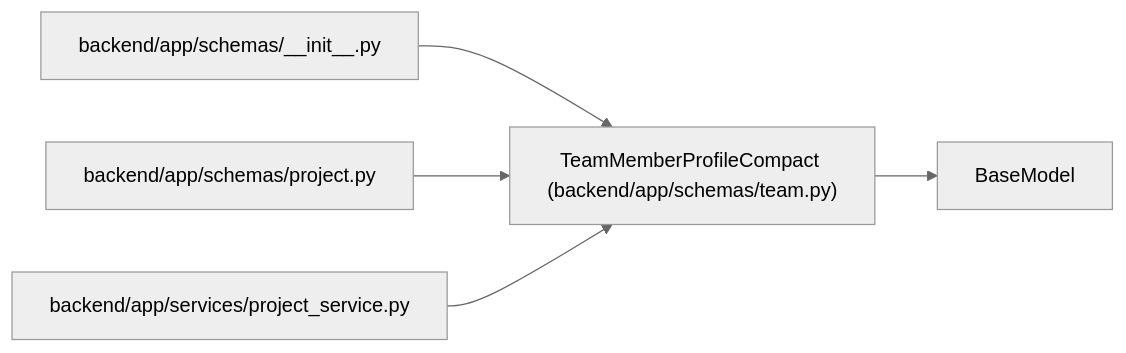
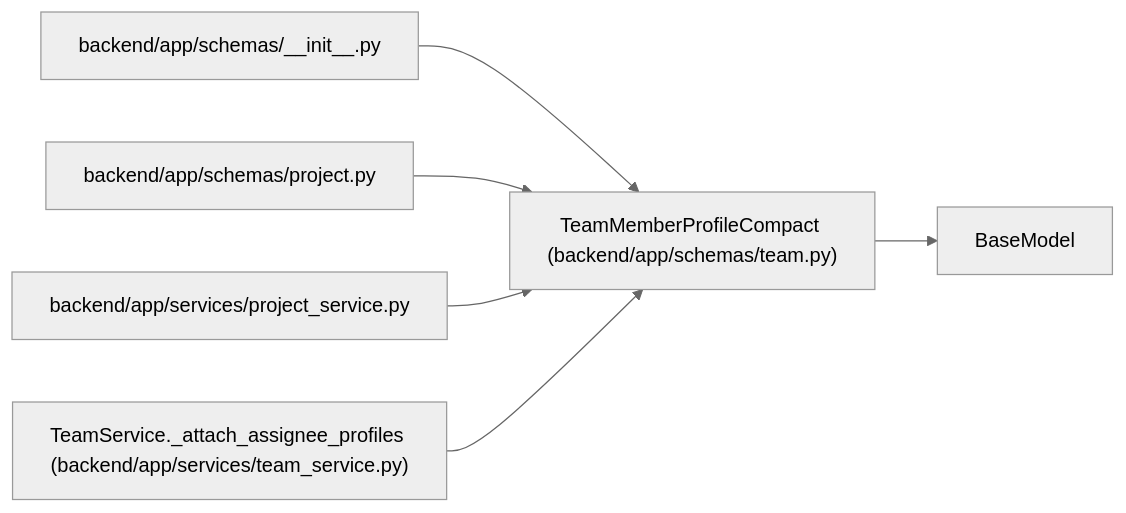
One commit to Denissvgn/WorkChord changed the diagram in docs/llm_wiki/entities/schemas_team_TeamMemberProfileCompact.md. Above: the diagram before and after it, drawn with Mermaid (neutral theme). The commit also changed other lines of this file and 2373 other files, not shown here.

````diff
--- a/docs/llm_wiki/entities/schemas_team_TeamMemberProfileCompact.md
+++ b/docs/llm_wiki/entities/schemas_team_TeamMemberProfileCompact.md
@@ -38,16 +43,19 @@
 ```mermaid
 flowchart LR
     n0["TeamMemberProfileCompact (backend/app/schemas/team.py)"]
     n1["BaseModel"]
     n2["backend/app/schemas/__init__.py"]
     n3["backend/app/schemas/project.py"]
     n4["backend/app/services/project_service.py"]
+    n5["TeamService._attach_assignee_profiles (backend/app/services/team_service.py)"]
     n0 --> n1
     n2 --> n0
     n3 --> n0
     n4 --> n0
+    n5 --> n0
     click n0 "../modules/schemas_team.md"
     click n2 "../modules/schemas___init__.md"
     click n3 "../modules/schemas_project.md"
     click n4 "../modules/project_service.md"
+    click n5 "../modules/team_service.md"
 ```
````
